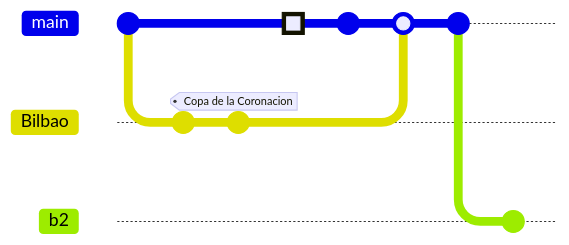
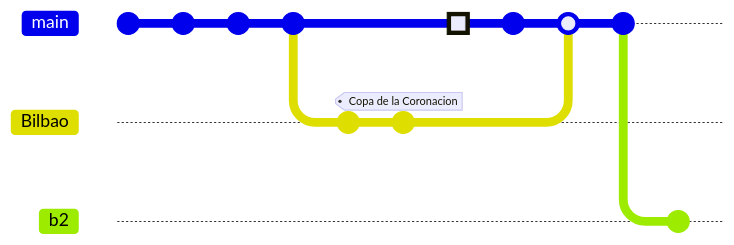
The diagram in README.md (sarnobat/atleticomadrid), drawn with Mermaid before and after one commit. Commit ids are hidden.

````diff
--- a/README.md
+++ b/README.md
@@ -6,15 +6,18 @@
 ```mermaid
 gitGraph:
-    commit "Ashish"
+    commit id: "1847 Eton rules football published"
+    commit id: "1863 October FA rules created"
+    commit id: "1863 FA Founded in London"
+    commit id: "1889 December 23 Recreativo Huelva founded"
     branch Bilbao
     checkout Bilbao
     commit id:"1903"
     commit tag:"Copa de la Coronacion"
     checkout main
     commit type: HIGHLIGHT
     commit
     merge Bilbao
     commit
     branch b2
     commit
 ```
````
